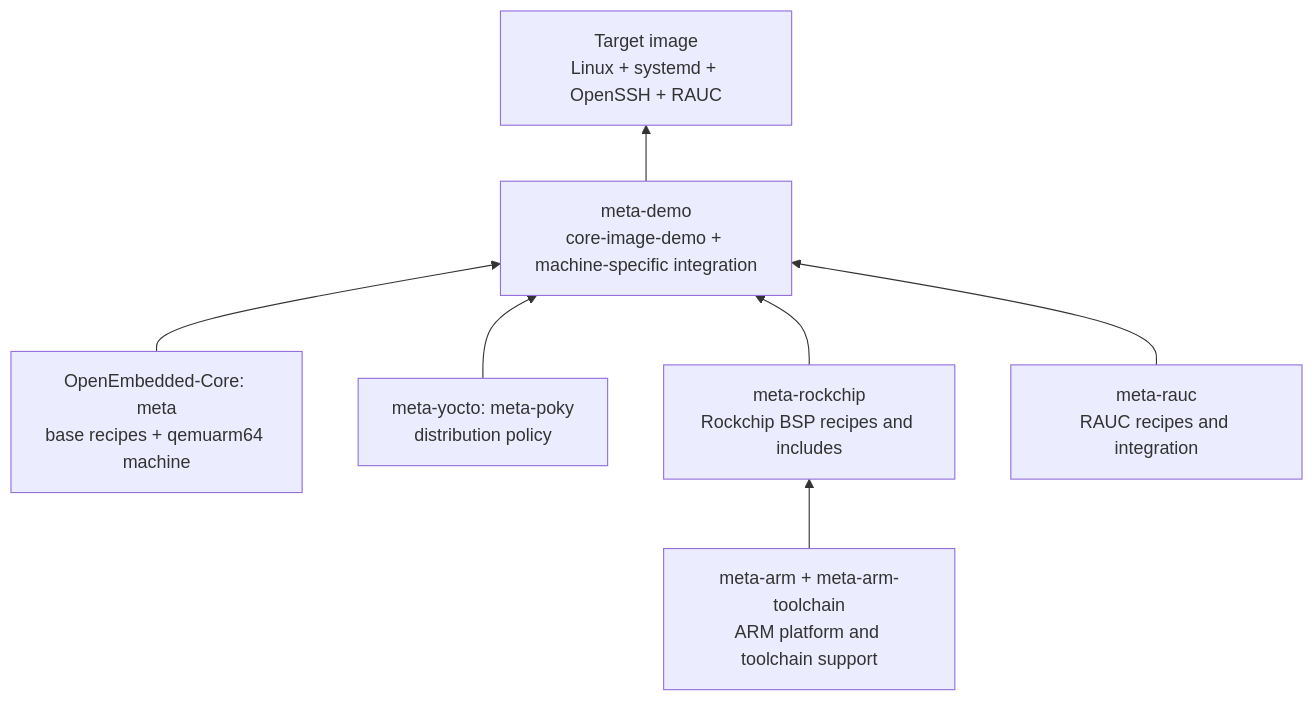
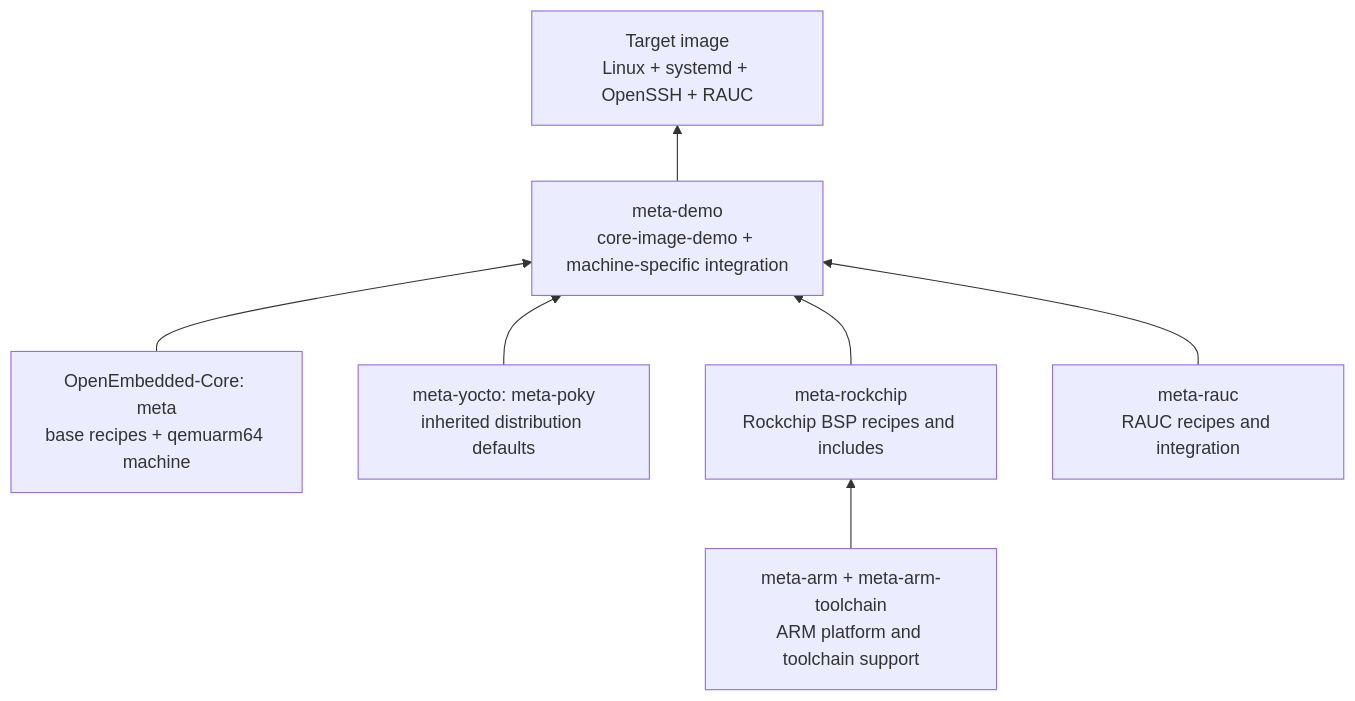
Before and after one commit to ShawInnes/yocto-demo: the second of 3 diagrams in README.md, drawn with Mermaid. The commit also changed other lines of this file and 6 other files, not shown here.

Commit message:
Add Radxa Demo Linux distribution and login identity

````diff
--- a/README.md
+++ b/README.md
@@ -31,9 +33,9 @@
 ```mermaid
 flowchart BT
     core["OpenEmbedded-Core: meta<br/>base recipes + qemuarm64 machine"] --> demo["meta-demo<br/>core-image-demo + machine-specific integration"]
-    poky["meta-yocto: meta-poky<br/>distribution policy"] --> demo
+    poky["meta-yocto: meta-poky<br/>inherited distribution defaults"] --> demo
     arm["meta-arm + meta-arm-toolchain<br/>ARM platform and toolchain support"] --> bsp["meta-rockchip<br/>Rockchip BSP recipes and includes"]
     bsp --> demo
     rauc["meta-rauc<br/>RAUC recipes and integration"] --> demo
     demo --> image["Target image<br/>Linux + systemd + OpenSSH + RAUC"]
 ```
````
